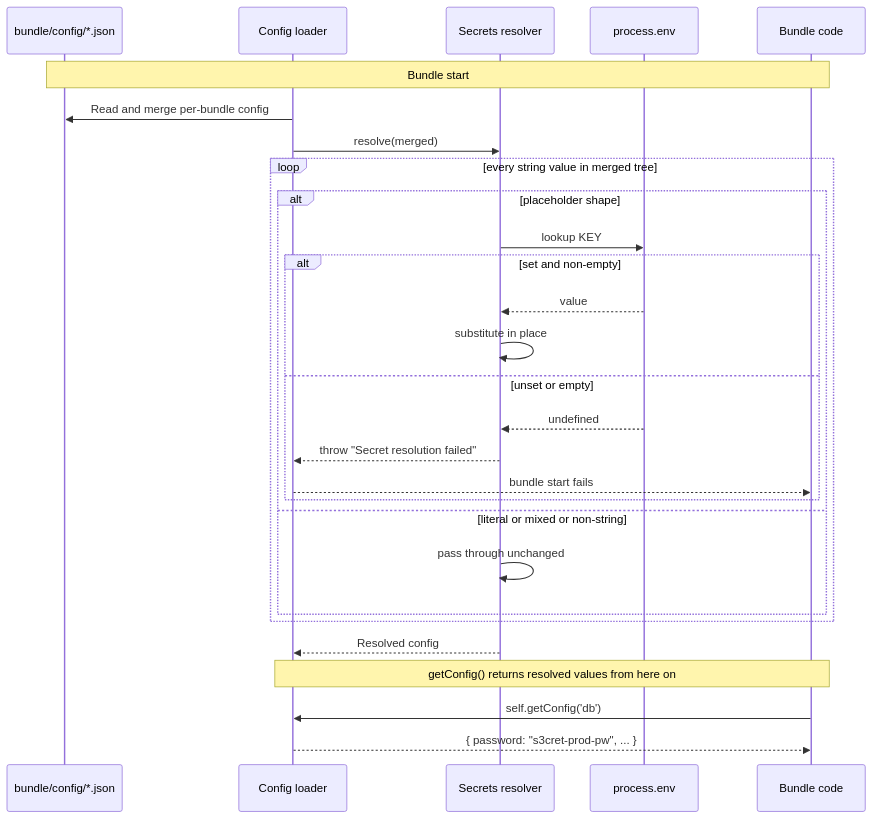
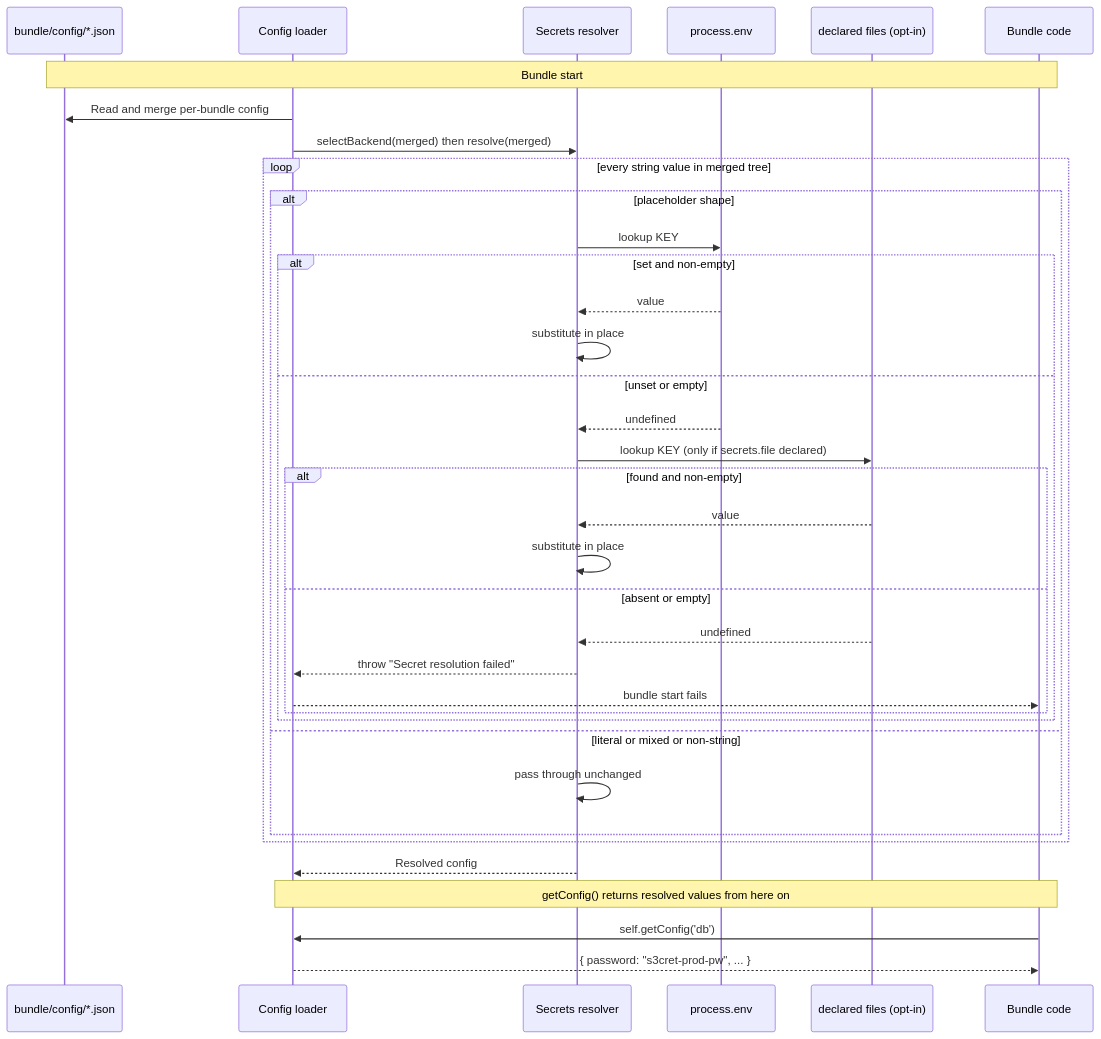
The diagram in docs/guides/secrets.md (gina-io/docs), drawn with Mermaid before and after one commit. The commit also changed other lines of this file and 3 other files, not shown here.

````diff
--- a/docs/guides/secrets.md
+++ b/docs/guides/secrets.md
@@ -114,31 +118,39 @@
 ```mermaid
 sequenceDiagram
     participant F as bundle/config/*.json
     participant L as Config loader
     participant R as Secrets resolver
     participant E as process.env
+    participant D as declared files (opt-in)
     participant A as Bundle code
 
     Note over F,A: Bundle start
     L->>F: Read and merge per-bundle config
-    L->>R: resolve(merged)
+    L->>R: selectBackend(merged) then resolve(merged)
     loop every string value in merged tree
         alt placeholder shape
             R->>E: lookup KEY
             alt set and non-empty
                 E-->>R: value
                 R->>R: substitute in place
             else unset or empty
                 E-->>R: undefined
-                R-->>L: throw "Secret resolution failed"
-                L-->>A: bundle start fails
+                R->>D: lookup KEY (only if secrets.file declared)
+                alt found and non-empty
+                    D-->>R: value
+                    R->>R: substitute in place
+                else absent or empty
+                    D-->>R: undefined
+                    R-->>L: throw "Secret resolution failed"
+                    L-->>A: bundle start fails
+                end
             end
         else literal or mixed or non-string
             R->>R: pass through unchanged
         end
     end
     R-->>L: Resolved config
     Note over L,A: getConfig() returns resolved values from here on
     A->>L: self.getConfig('db')
     L-->>A: { password: "s3cret-prod-pw", ... }
 ```
````
